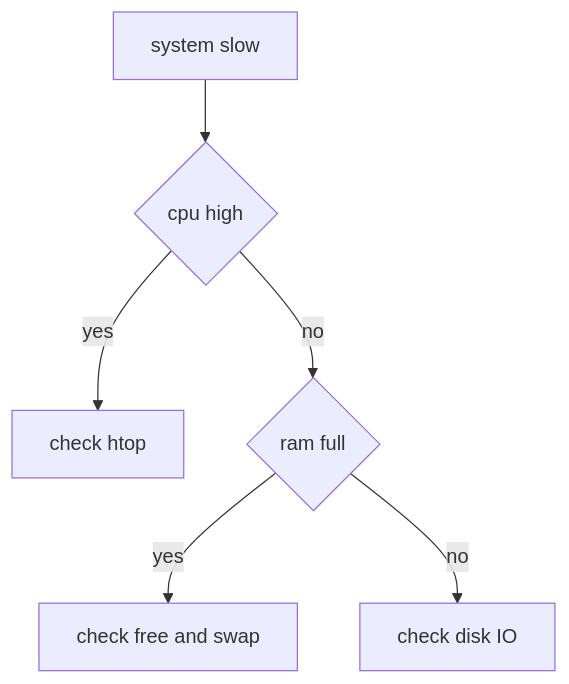
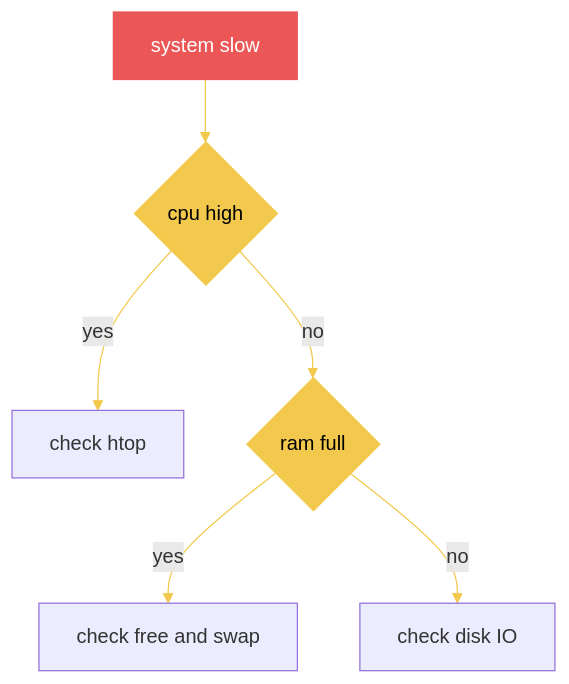
Before and after one commit to 444Nazky/My-Vault: the tenth of 11 diagrams in Graphs/System-Diagrams.md, drawn with Mermaid. The commit also changed other lines of this file and 15 other files, not shown here.

````diff
--- a/Graphs/System-Diagrams.md
+++ b/Graphs/System-Diagrams.md
@@ -169,8 +216,12 @@
 ```mermaid
+%%{init: {'theme': 'default', 'themeVariables': { 'primaryColor': '#F2C94C', 'lineColor': '#F2C94C'}}}%%
 flowchart TD
  SLOW2["system slow"] --> CPUQ{"cpu high"}
  CPUQ -->|"yes"| HTOP["check htop"]
  CPUQ -->|"no"| MEMQ{"ram full"}
  MEMQ -->|"yes"| FREE["check free and swap"]
  MEMQ -->|"no"| DISKQ["check disk IO"]
+ style SLOW2 fill:#EB5757,stroke:#EB5757,color:#fff
+ style CPUQ fill:#F2C94C,stroke:#F2C94C,color:#000
+ style MEMQ fill:#F2C94C,stroke:#F2C94C,color:#000
 ```
````
